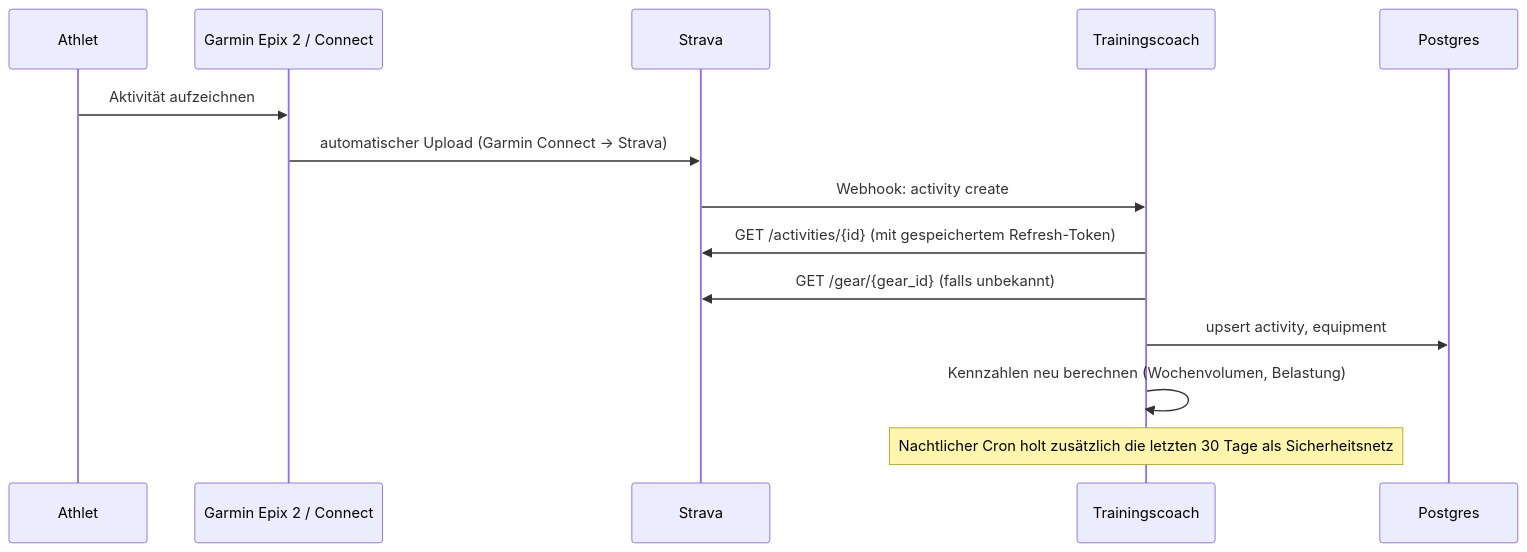
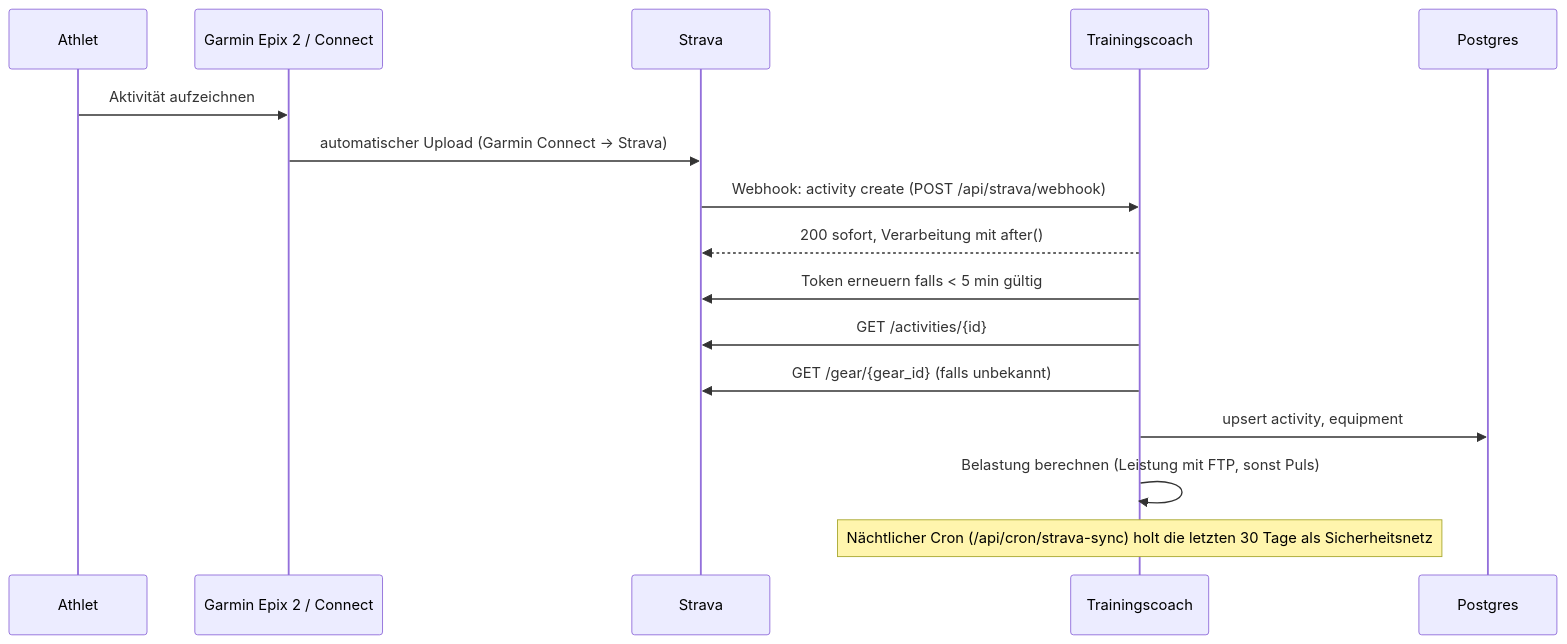
Before and after one commit to NeuhausD/trainingscoach: the fourth of 6 diagrams in docs/02-architektur.md, drawn with Mermaid. The commit also changed other lines of this file and 27 other files, not shown here.

First line of the commit message:
feat(strava): OAuth connector, import, webhook and nightly sync (P3)

````diff
--- a/docs/02-architektur.md
+++ b/docs/02-architektur.md
@@ -137,16 +138,18 @@
 ```mermaid
 sequenceDiagram
     participant U as Athlet
     participant G as Garmin Epix 2 / Connect
     participant S as Strava
     participant A as Trainingscoach
     participant DB as Postgres
     U->>G: Aktivität aufzeichnen
     G->>S: automatischer Upload (Garmin Connect -> Strava)
-    S->>A: Webhook: activity create
-    A->>S: GET /activities/{id} (mit gespeichertem Refresh-Token)
+    S->>A: Webhook: activity create (POST /api/strava/webhook)
+    A-->>S: 200 sofort, Verarbeitung mit after()
+    A->>S: Token erneuern falls < 5 min gültig
+    A->>S: GET /activities/{id}
     A->>S: GET /gear/{gear_id} (falls unbekannt)
     A->>DB: upsert activity, equipment
-    A->>A: Kennzahlen neu berechnen (Wochenvolumen, Belastung)
-    Note over A: Nachtlicher Cron holt zusätzlich die letzten 30 Tage als Sicherheitsnetz
+    A->>A: Belastung berechnen (Leistung mit FTP, sonst Puls)
+    Note over A: Nächtlicher Cron (/api/cron/strava-sync) holt die letzten 30 Tage als Sicherheitsnetz
 ```
````
